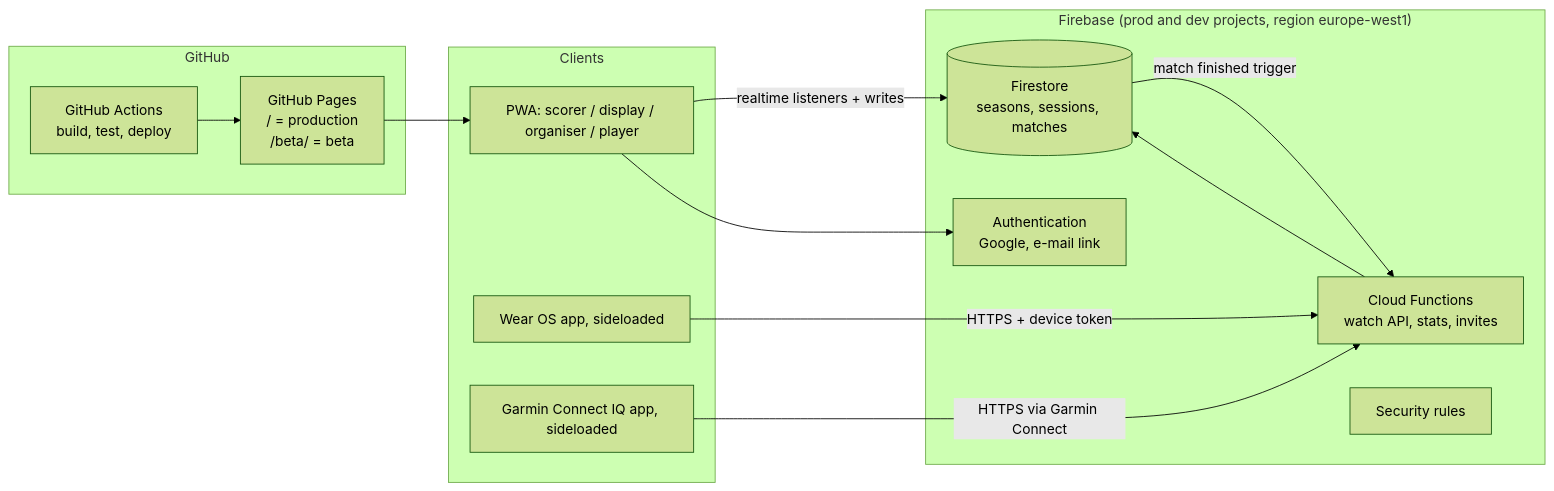
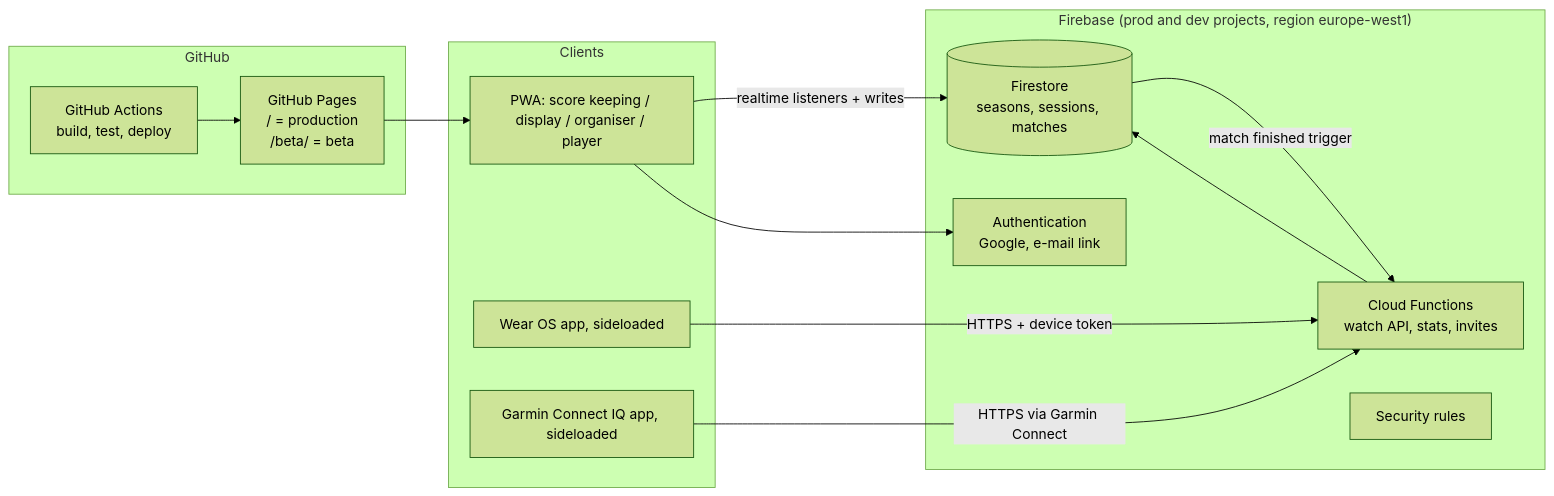
The diagram in docs/architecture.md (jorissaenen/badminton-score), drawn with Mermaid (forest theme) before and after one commit. The commit also changed other lines of this file and 1 other file, not shown here.

First line of the commit message:
Plan: record the score keeper of every update, not who won the rally

````diff
--- a/docs/architecture.md
+++ b/docs/architecture.md
@@ -23,26 +24,26 @@
 ```mermaid
 flowchart LR
   subgraph Clients
-    PWA[PWA: scorer / display / organiser / player]
+    PWA[PWA: score keeping / display / organiser / player]
     WEAR[Wear OS app, sideloaded]
     GARMIN[Garmin Connect IQ app, sideloaded]
   end
   subgraph GitHub
     PAGES[GitHub Pages<br/>/ = production<br/>/beta/ = beta]
     ACTIONS[GitHub Actions<br/>build, test, deploy]
   end
   subgraph Firebase["Firebase (prod and dev projects, region europe-west1)"]
     AUTH[Authentication<br/>Google, e-mail link]
     FS[(Firestore<br/>seasons, sessions, matches)]
     FN[Cloud Functions<br/>watch API, stats, invites]
     RULES[Security rules]
   end
   PWA -- realtime listeners + writes --> FS
   PWA --> AUTH
   WEAR -- HTTPS + device token --> FN
   GARMIN -- HTTPS via Garmin Connect --> FN
   FN --> FS
   FS -- match finished trigger --> FN
   ACTIONS --> PAGES
   PAGES --> PWA
 ```
````
